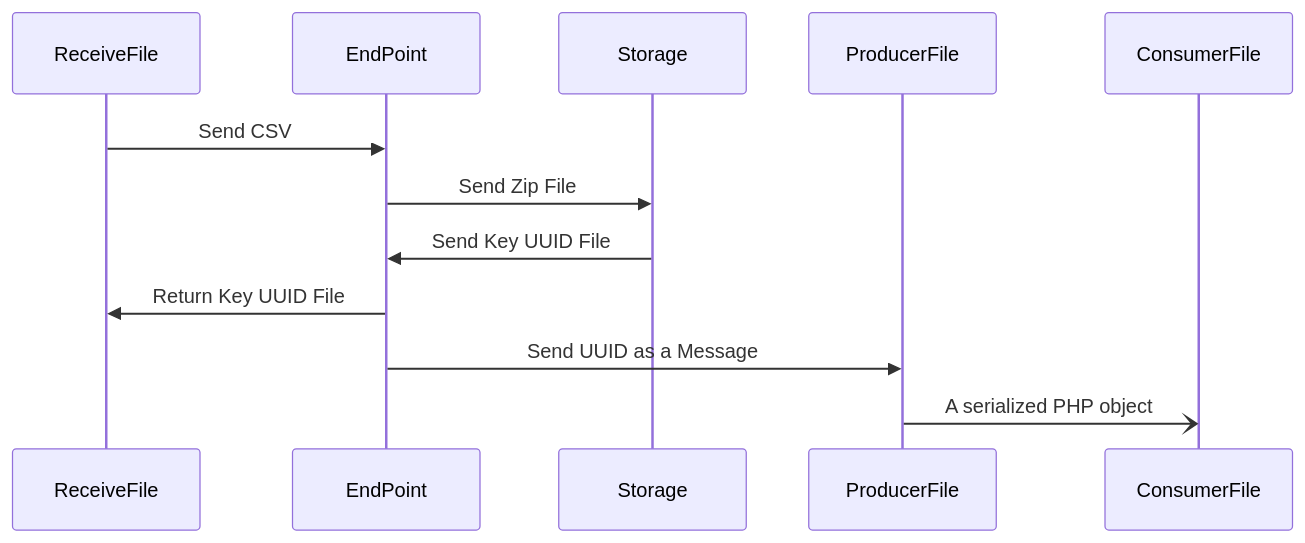
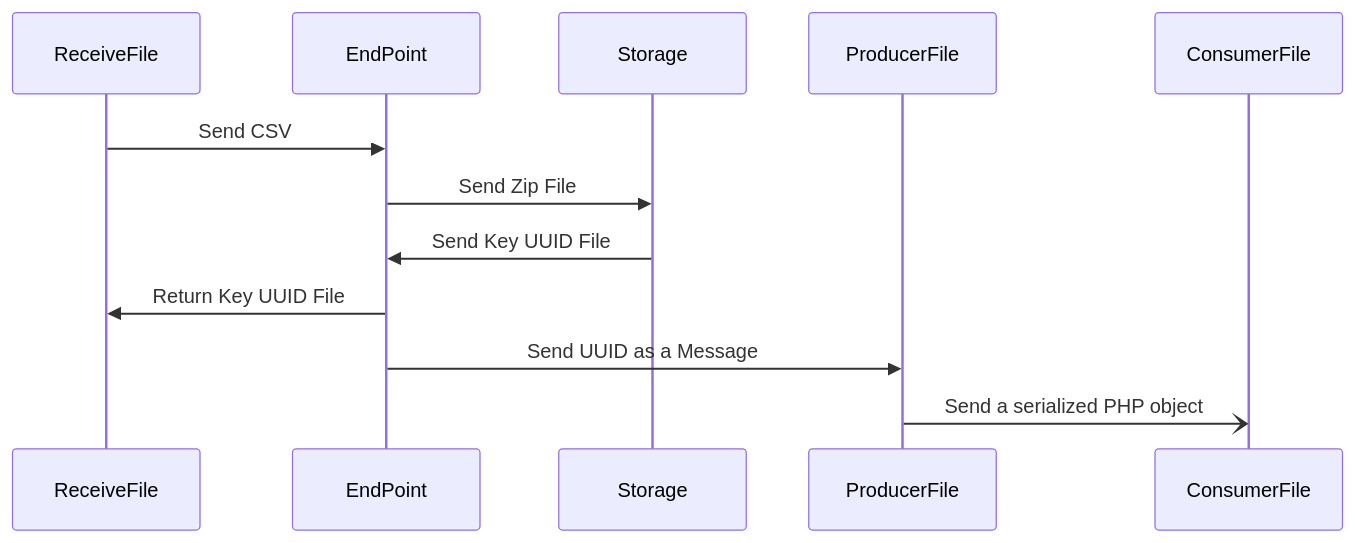
Before and after one commit to fatorx/app-billing: the diagram in README.md, drawn with Mermaid. The commit also changed other lines of this file and 13 other files, not shown here.

`````diff
--- a/README.md
+++ b/README.md
@@ -19,9 +18,9 @@
 ```mermaid
     sequenceDiagram
     ReceiveFile ->> EndPoint: Send CSV
     EndPoint ->> Storage: Send Zip File
     Storage ->> EndPoint: Send Key UUID File
     EndPoint ->> ReceiveFile: Return Key UUID File
     EndPoint ->> ProducerFile: Send UUID as a Message
-    ProducerFile -) ConsumerFile: A serialized PHP object
+    ProducerFile -) ConsumerFile: Send a serialized PHP object
 ````
`````
